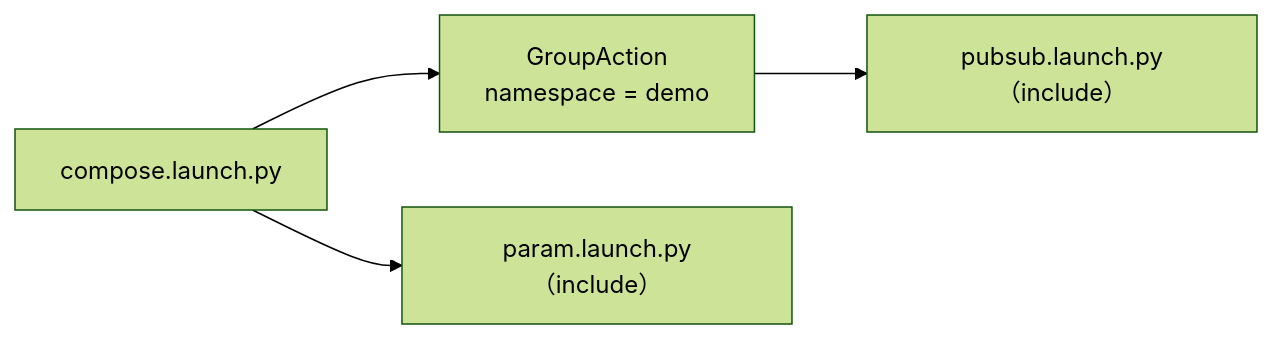
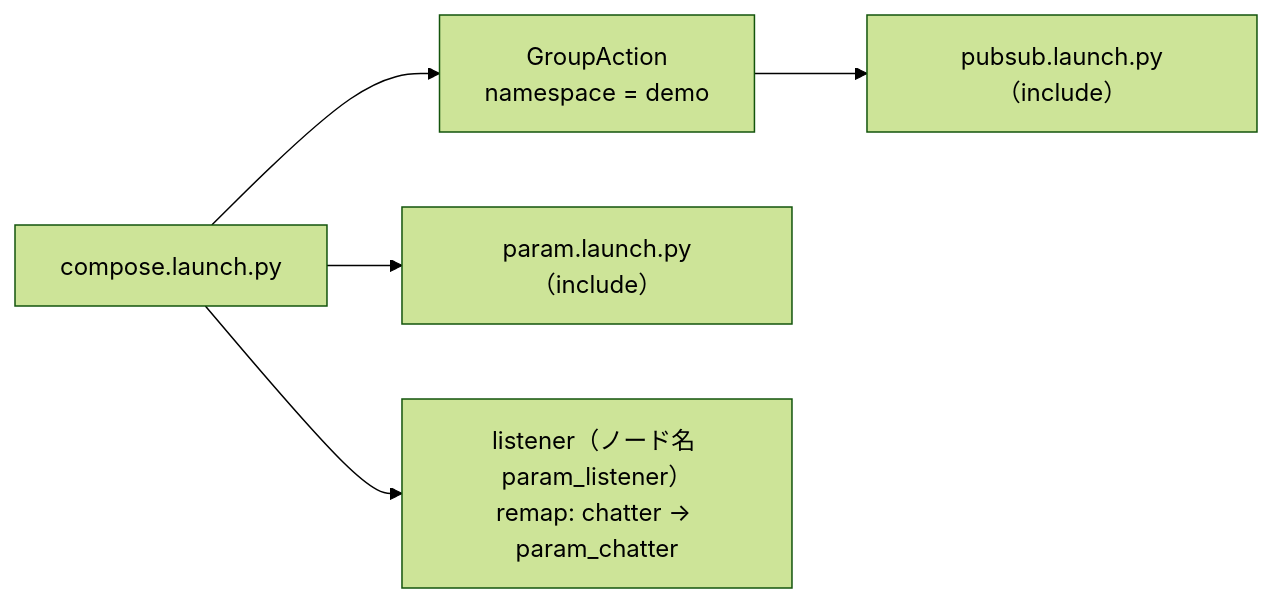
One commit to SanghunIm1991/ros2MinimalPhysicalAi changed the third of 3 diagrams in docs/phase4_launch.md. Above: the diagram before and after it, drawn with Mermaid (forest theme). The commit also changed other lines of this file and 3 other files, not shown here.

Commit message:
[claude] フェーズ4の4-6節で、remap（トピック名の付け替え）をサンプルで扱う。compose.launch.py に、remapで chatter を param_chatter に付け替えた listener（param_listener）を足し、解説・補足・期待する結果（ros2 topic info を含む）・図・仕様・まとめ・チートシートを更新する。起動した後の表示は想定で、実機では確かめていないと注記する。セッションレビューの指摘を反映し、QA表に記録

````diff
--- a/docs/phase4_launch.md
+++ b/docs/phase4_launch.md
@@ -64,6 +64,7 @@
 ```mermaid
 flowchart LR
     A["compose.launch.py"] --> G["GroupAction<br/>namespace = demo"]
     G --> I["pubsub.launch.py（include）"]
     A --> J["param.launch.py（include）"]
+    A --> N["listener（ノード名 param_listener）<br/>remap: chatter → param_chatter"]
 ```
````
